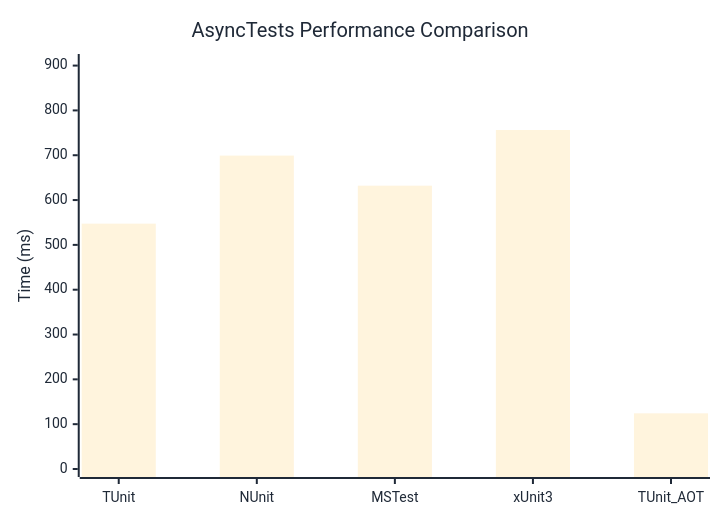
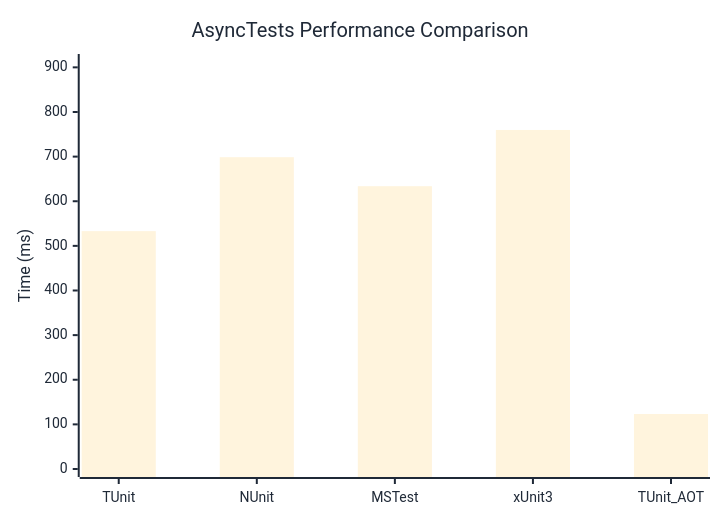
The diagram in docs/docs/benchmarks/AsyncTests.md (thomhurst/TUnit), drawn with Mermaid before and after one commit. The commit also changed other lines of this file and 17 other files, not shown here.

````diff
--- a/docs/docs/benchmarks/AsyncTests.md
+++ b/docs/docs/benchmarks/AsyncTests.md
@@ -27,37 +27,37 @@
 ```mermaid
 %%{init: {
   'theme':'base',
   'themeVariables': {
     'primaryColor': '#2563eb',
     'primaryTextColor': '#1f2937',
     'primaryBorderColor': '#1e40af',
     'lineColor': '#6b7280',
     'secondaryColor': '#7c3aed',
     'tertiaryColor': '#dc2626',
     'background': '#ffffff',
     'mainBkg': '#2563eb',
     'secondBkg': '#7c3aed',
     'tertiaryBkg': '#dc2626',
     'clusterBkg': '#f3f4f6',
     'edgeLabelBackground': '#ffffff',
     'tertiaryTextColor': '#1f2937',
     'pie1': '#2563eb',
     'pie2': '#7c3aed',
     'pie3': '#dc2626',
     'pie4': '#f59e0b',
     'pie5': '#10b981',
     'pie6': '#06b6d4',
     'pie7': '#ec4899',
     'pie8': '#6366f1',
     'pie9': '#84cc16',
     'pie10': '#f97316',
     'pie11': '#14b8a6',
     'pie12': '#a855f7'
   }
 }}%%
 xychart-beta
   title "AsyncTests Performance Comparison"
   x-axis ["TUnit", "NUnit", "MSTest", "xUnit3", "TUnit_AOT"]
-  y-axis "Time (ms)" 0 --> 908
-  bar [547.4, 699.2, 632.1, 756.3, 124.2]
+  y-axis "Time (ms)" 0 --> 912
+  bar [533, 698.7, 633.7, 759.7, 123.3]
 ```
````
